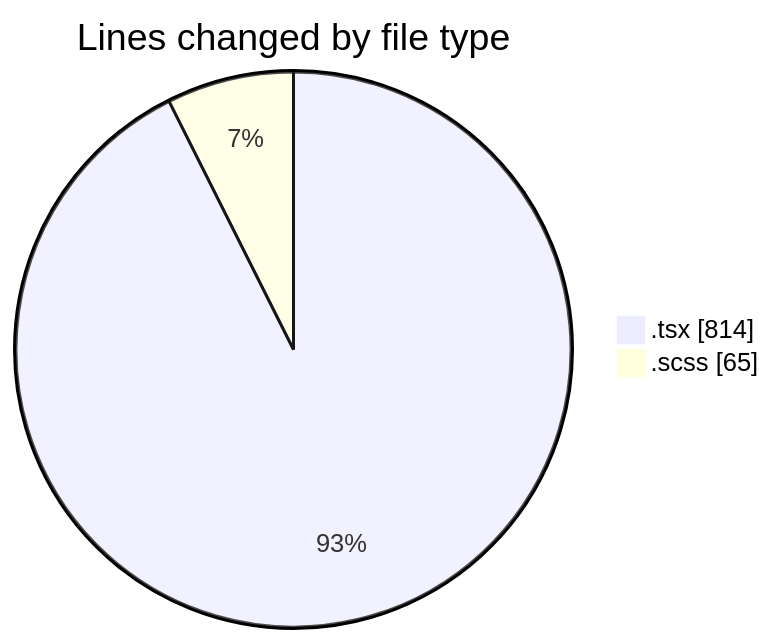
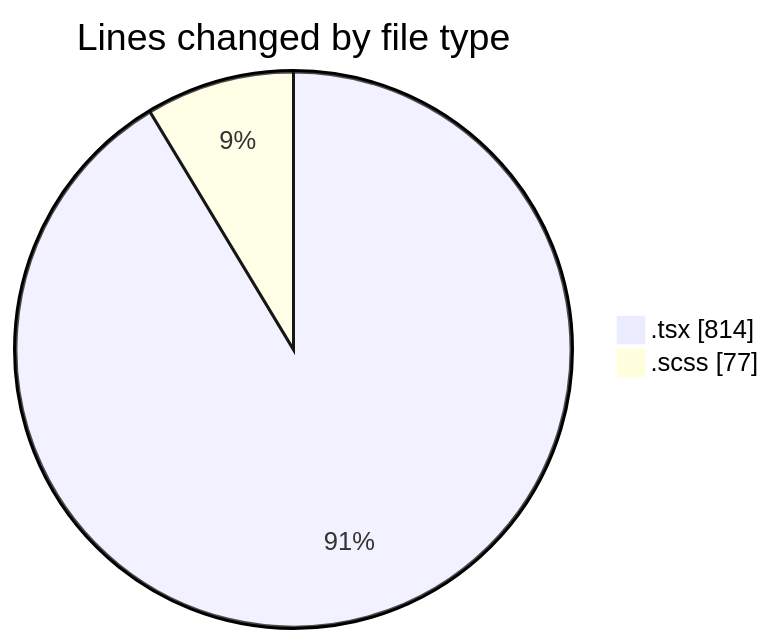
Before and after one commit to momahboobian/code-tracking: the first of 2 diagrams in 2025-04-10/cda/README.md, drawn with Mermaid. The commit also changed other lines of this file and 1 other file, not shown here.

````diff
--- a/2025-04-10/cda/README.md
+++ b/2025-04-10/cda/README.md
@@ -22,6 +22,6 @@
 ```mermaid
 pie showData
 title Lines changed by file type
 ".tsx" : 814
-".scss" : 65
+".scss" : 77
 ```
````
